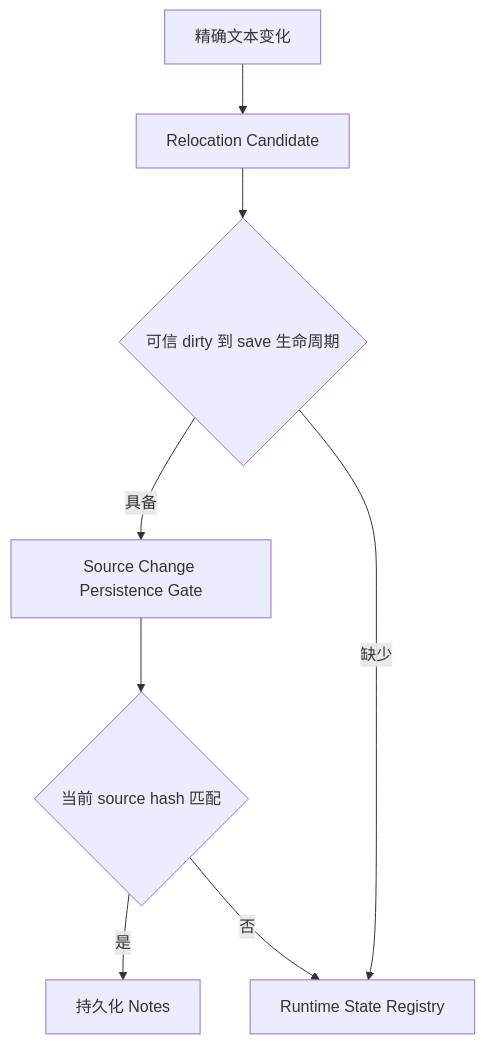
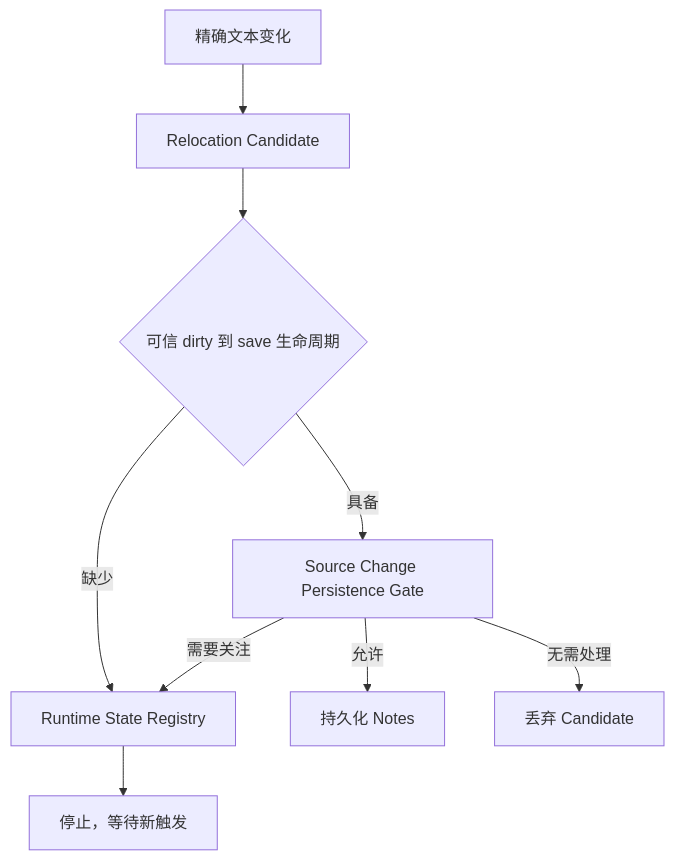
Before and after one commit to Leo7805/czaza: the first of 2 diagrams in .czaza/architecture-notes/diagrams/source-change-persistence-gate.md, drawn with Mermaid. The commit also changed other lines of this file and 18 other files, not shown here.

````diff
--- a/.czaza/architecture-notes/diagrams/source-change-persistence-gate.md
+++ b/.czaza/architecture-notes/diagrams/source-change-persistence-gate.md
@@ -18,10 +18,11 @@
 ```mermaid
 flowchart TD
     A[精确文本变化] --> B[Relocation Candidate]
     B --> C{可信 dirty 到 save 生命周期}
     C -->|具备| D[Source Change Persistence Gate]
     C -->|缺少| E[Runtime State Registry]
-    D --> F{当前 source hash 匹配}
-    F -->|是| G[持久化 Notes]
-    F -->|否| E
+    D -->|允许| G[持久化 Notes]
+    D -->|需要关注| E
+    D -->|无需处理| H[丢弃 Candidate]
+    E --> I[停止，等待新触发]
 ```
````
